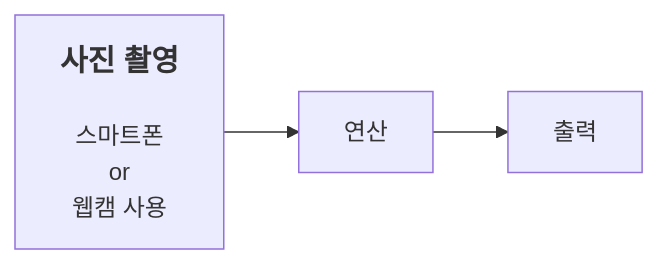
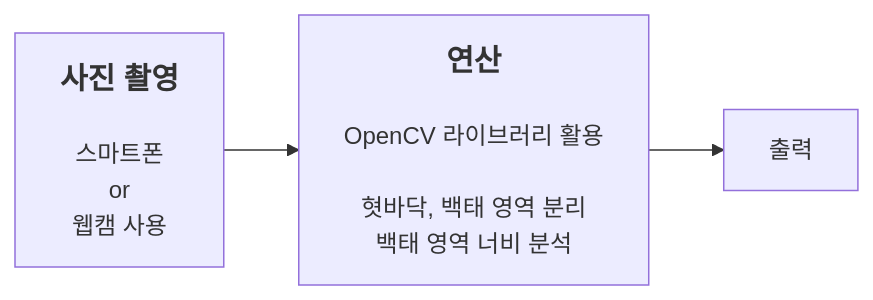
One commit to 201710808/-p changed the diagram in Readme.md. Above: the diagram before and after it, drawn with Mermaid.

````diff
--- a/Readme.md
+++ b/Readme.md
@@ -3,5 +3,5 @@
 ```mermaid
 graph LR
-A[<b><span style='font-size:20px'>사진 촬영</span></b><br><br>스마트폰\nor\n웹캠 사용]-->B[연산]
+A[<b><span style='font-size:20px'>사진 촬영</span></b><br><br>스마트폰\nor\n웹캠 사용]-->B[<b><span style='font-size:20px'>연산</span></b><br><br>OpenCV 라이브러리 활용<br><br>혓바닥, 백태 영역 분리<br>백태 영역 너비 분석]
 B-->C[출력]
 ```
````
